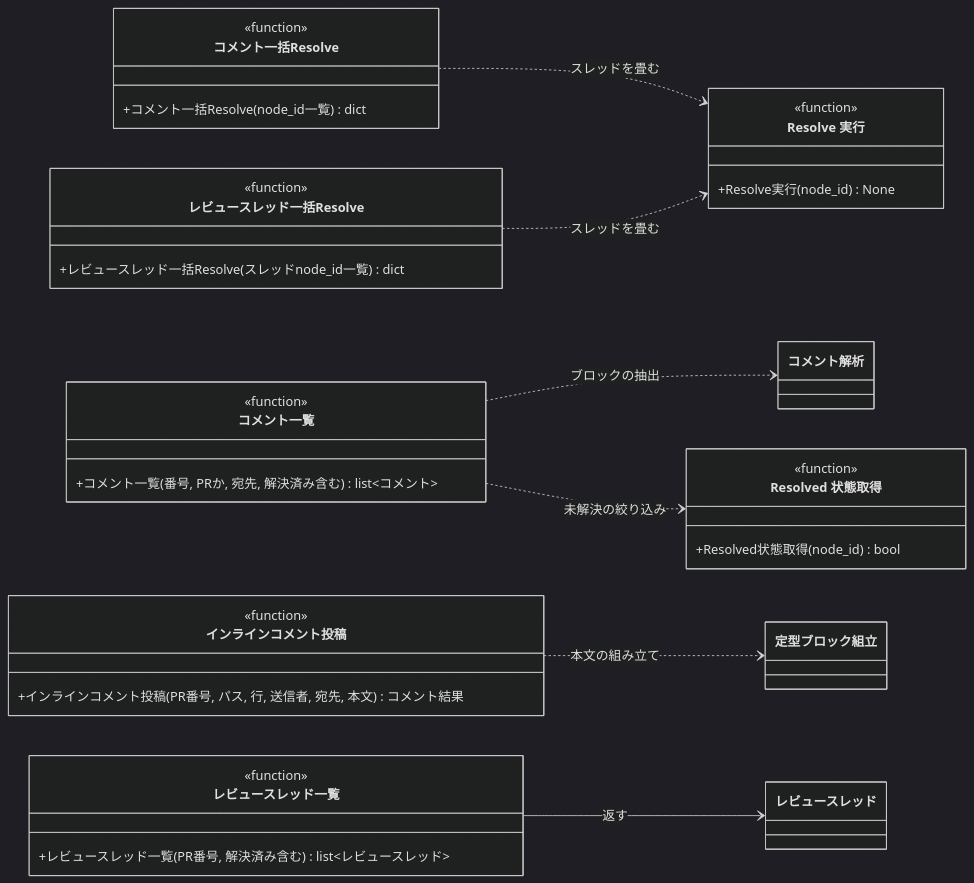
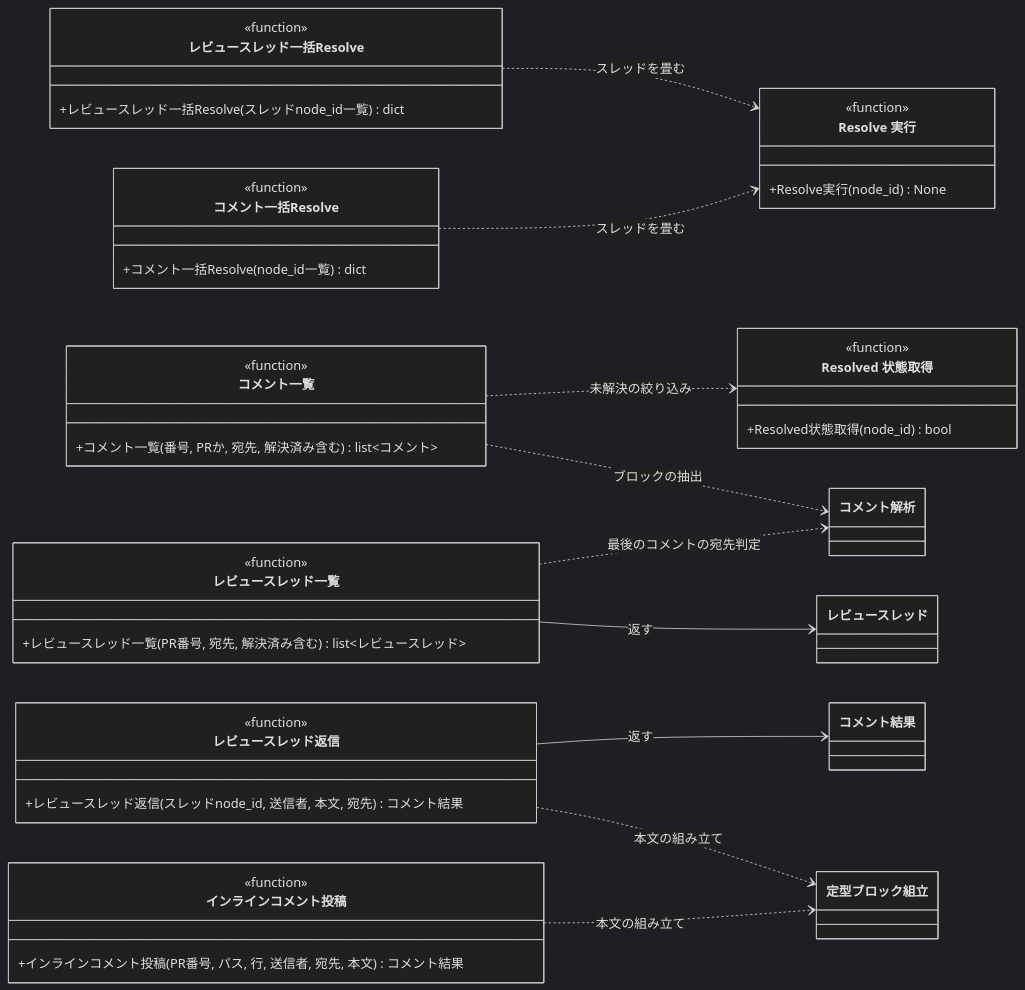
Before and after one commit to shuhei1101/ai-monitor: the eighth of 12 diagrams in docs/wiki/設計図/モジュール構成/MCP/GitHub操作.py.md, drawn with Mermaid (dark theme). The commit also changed other lines of this file and 33 other files, not shown here.

````diff
--- a/docs/wiki/設計図/モジュール構成/MCP/GitHub操作.py.md
+++ b/docs/wiki/設計図/モジュール構成/MCP/GitHub操作.py.md
@@ -401,56 +402,64 @@
 ```mermaid
 classDiagram
   direction LR
   コメント一括Resolve ..> Resolve実行 : スレッドを畳む
   コメント一覧 ..> コメント解析 : ブロックの抽出
   コメント一覧 ..> Resolved状態取得 : 未解決の絞り込み
   レビュースレッド一括Resolve ..> Resolve実行 : スレッドを畳む
   インラインコメント投稿 ..> 定型ブロック組立 : 本文の組み立て
   レビュースレッド一覧 --> レビュースレッド : 返す
+  レビュースレッド一覧 ..> コメント解析 : 最後のコメントの宛先判定
+  レビュースレッド返信 ..> 定型ブロック組立 : 本文の組み立て
+  レビュースレッド返信 --> コメント結果 : 返す
 
   class コメント一括Resolve {
     <<function>>
     +コメント一括Resolve(node_id一覧) dict
   }
   class コメント一覧 {
     <<function>>
     +コメント一覧(番号, PRか, 宛先, 解決済み含む) list~コメント~
   }
   class インラインコメント投稿 {
     <<function>>
     +インラインコメント投稿(PR番号, パス, 行, 送信者, 宛先, 本文) コメント結果
   }
   class レビュースレッド一覧 {
     <<function>>
-    +レビュースレッド一覧(PR番号, 解決済み含む) list~レビュースレッド~
+    +レビュースレッド一覧(PR番号, 宛先, 解決済み含む) list~レビュースレッド~
+  }
+  class レビュースレッド返信 {
+    <<function>>
+    +レビュースレッド返信(スレッドnode_id, 送信者, 本文, 宛先) コメント結果
   }
   class レビュースレッド一括Resolve {
     <<function>>
     +レビュースレッド一括Resolve(スレッドnode_id一覧) dict
   }
   class Resolve実行["Resolve 実行"] {
     <<function>>
     +Resolve実行(node_id) None
   }
   class Resolved状態取得["Resolved 状態取得"] {
     <<function>>
     +Resolved状態取得(node_id) bool
   }
   class コメント解析 {
   }
   class 定型ブロック組立 {
   }
   class レビュースレッド {
   }
 
   click コメント一括Resolve href "#コメント一括resolve"
   click コメント一覧 href "#コメント一覧"
   click インラインコメント投稿 href "#インラインコメント投稿"
   click レビュースレッド一覧 href "#レビュースレッド一覧"
+  click レビュースレッド返信 href "#レビュースレッド返信"
   click レビュースレッド一括Resolve href "#レビュースレッド一括resolve"
   click Resolve実行 href "#resolve-実行"
   click Resolved状態取得 href "#resolved-状態取得"
   click コメント解析 href "#コメント解析"
   click 定型ブロック組立 href "#定型ブロック組立"
   click レビュースレッド href "#レビュースレッド"
 ```
````
